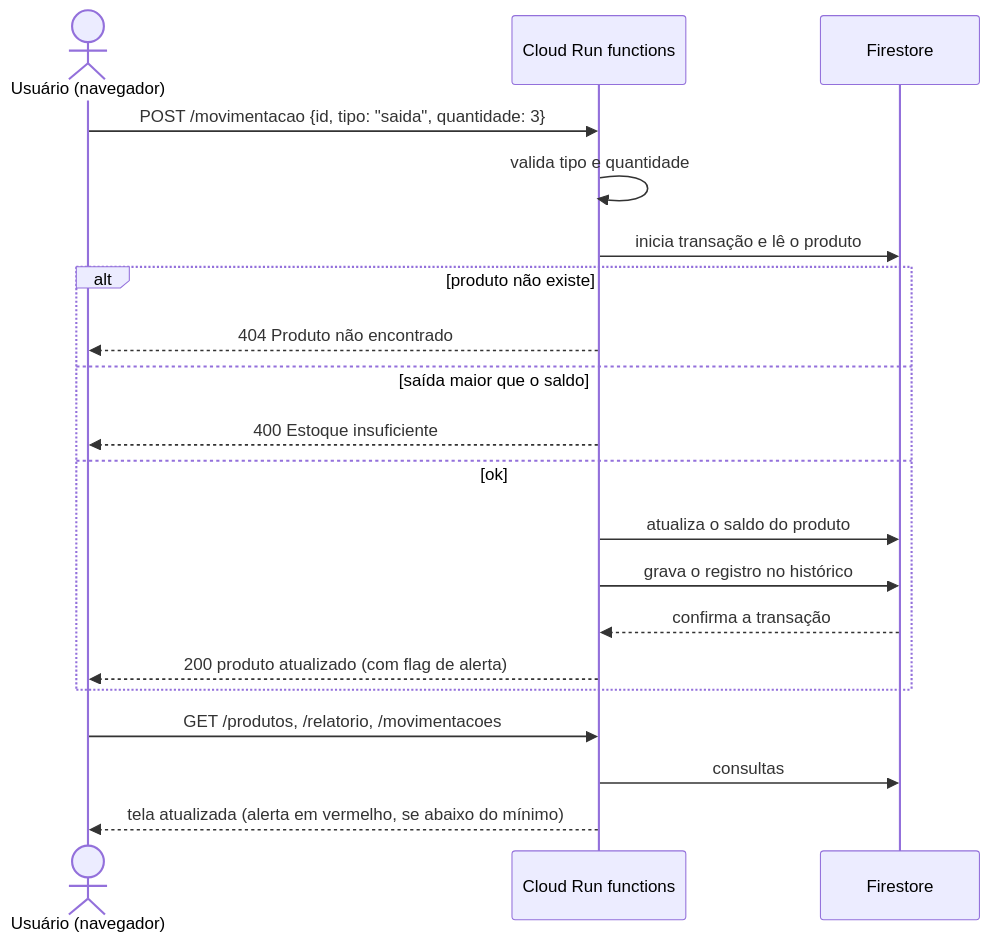
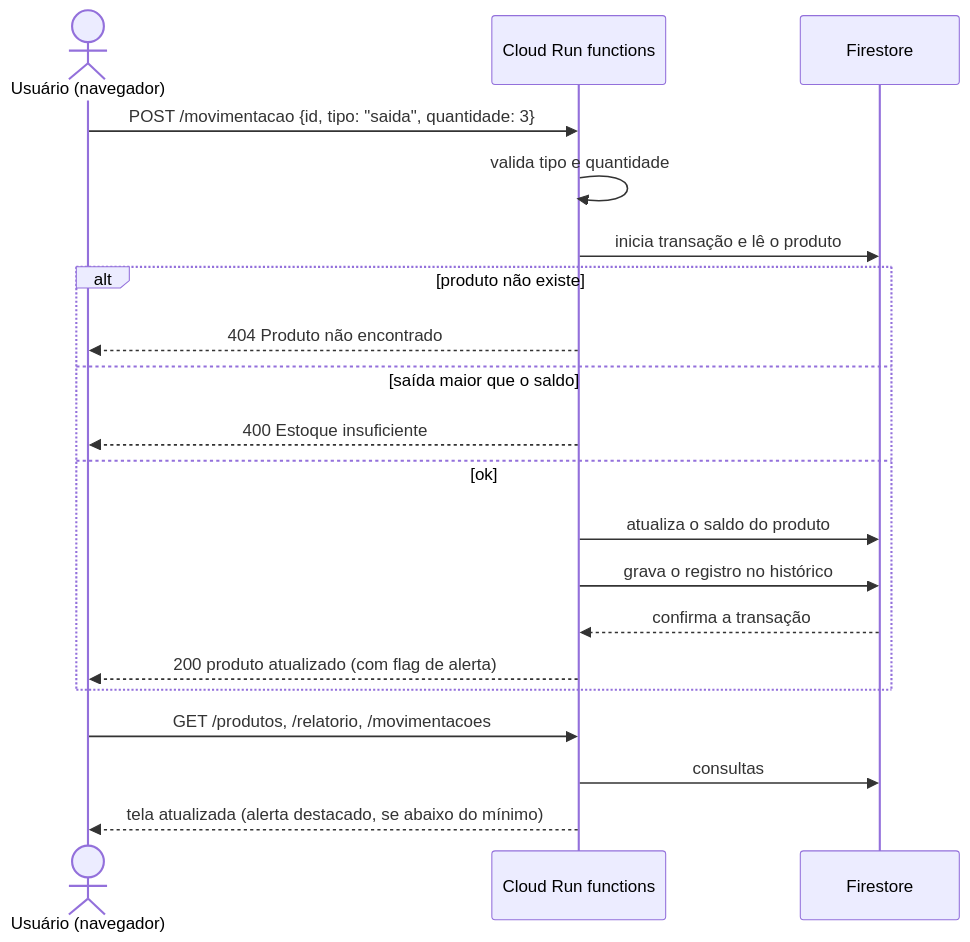
One commit to portelav/stokei changed the diagram in docs/02-arquitetura.md. Above: the diagram before and after it, drawn with Mermaid. The commit also changed other lines of this file and 20 other files, not shown here.

````diff
--- a/docs/02-arquitetura.md
+++ b/docs/02-arquitetura.md
@@ -44,23 +44,23 @@
 ```mermaid
 sequenceDiagram
     actor U as Usuário (navegador)
     participant F as Cloud Run functions
     participant DB as Firestore
 
     U->>F: POST /movimentacao {id, tipo: "saida", quantidade: 3}
     F->>F: valida tipo e quantidade
     F->>DB: inicia transação e lê o produto
     alt produto não existe
         F-->>U: 404 Produto não encontrado
     else saída maior que o saldo
         F-->>U: 400 Estoque insuficiente
     else ok
         F->>DB: atualiza o saldo do produto
         F->>DB: grava o registro no histórico
         DB-->>F: confirma a transação
         F-->>U: 200 produto atualizado (com flag de alerta)
     end
     U->>F: GET /produtos, /relatorio, /movimentacoes
     F->>DB: consultas
-    F-->>U: tela atualizada (alerta em vermelho, se abaixo do mínimo)
+    F-->>U: tela atualizada (alerta destacado, se abaixo do mínimo)
 ```
````
